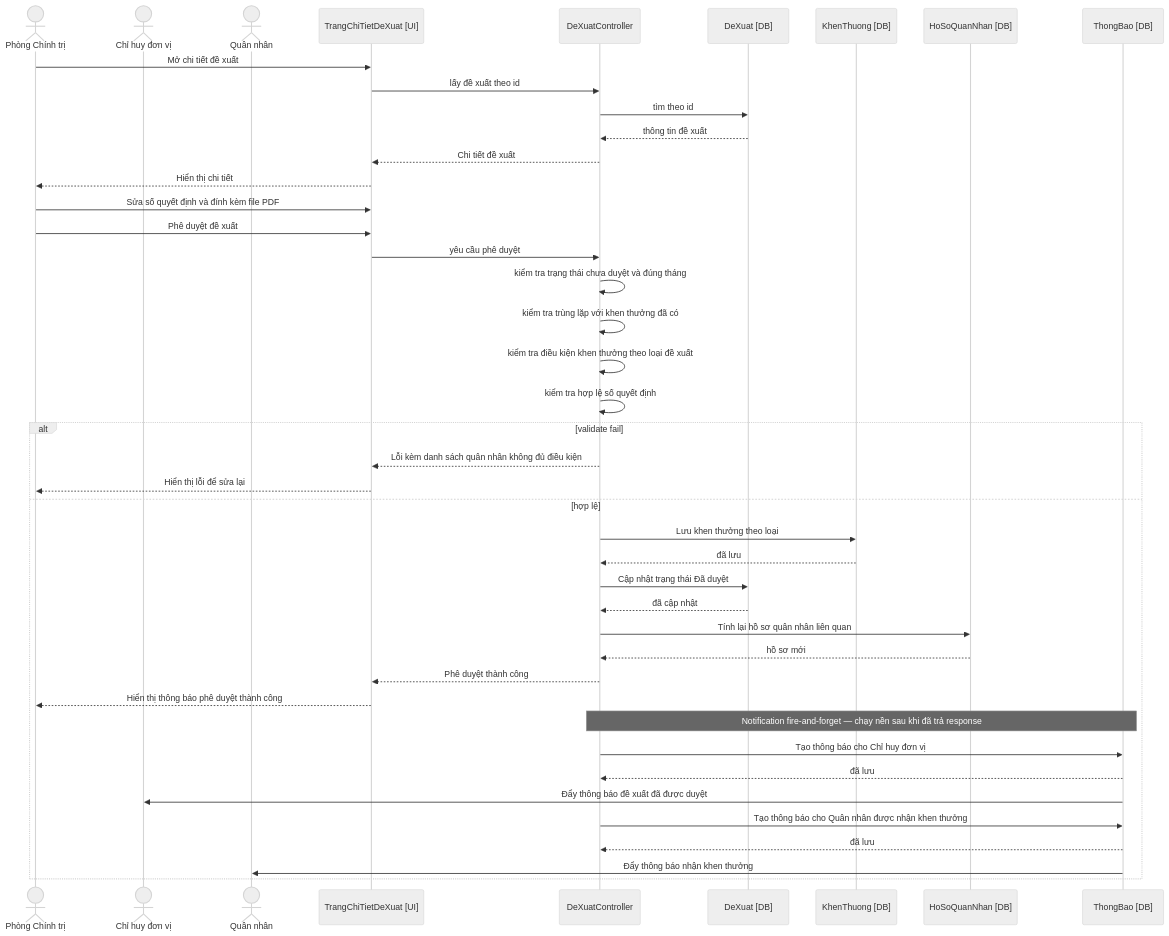
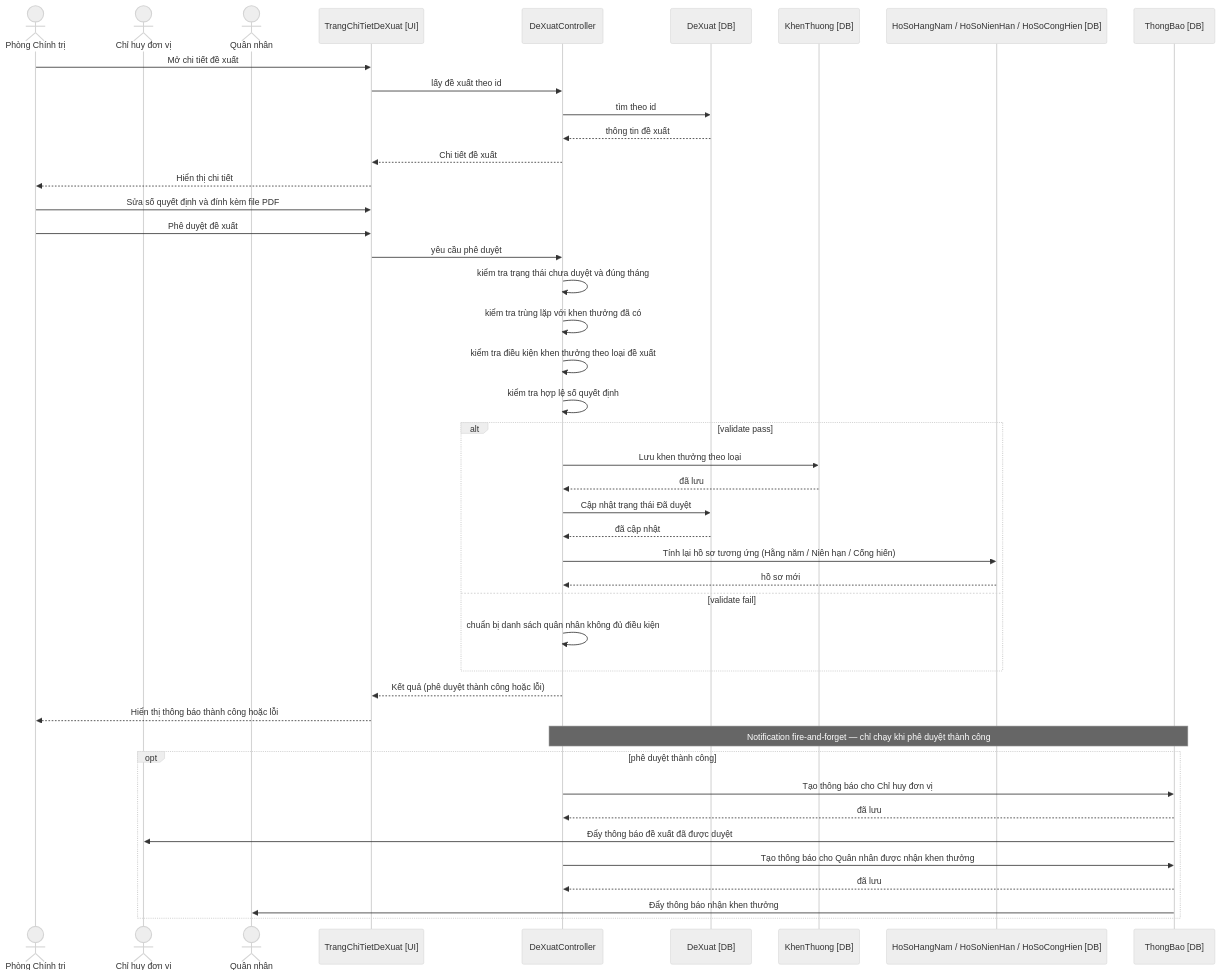
The third of 9 diagrams in docs/diagrams/05-sequence.md (tranducbk/DATN_PM_QLKT), drawn with Mermaid (neutral theme) before and after one commit. The commit also changed other lines of this file and 69 other files, not shown here.

````diff
--- a/docs/diagrams/05-sequence.md
+++ b/docs/diagrams/05-sequence.md
@@ -81,50 +97,51 @@
 ```mermaid
 sequenceDiagram
     actor ADM as Phòng Chính trị
     actor MGR as Chỉ huy đơn vị
     actor QN as Quân nhân
     participant Page as TrangChiTietDeXuat [UI]
     participant Ctrl as DeXuatController
     participant DX as DeXuat [DB]
     participant KT as KhenThuong [DB]
-    participant HS as HoSoQuanNhan [DB]
+    participant HS as HoSoHangNam / HoSoNienHan / HoSoCongHien [DB]
     participant TB as ThongBao [DB]
 
     ADM->>Page: Mở chi tiết đề xuất
     Page->>Ctrl: lấy đề xuất theo id
     Ctrl->>DX: tìm theo id
     DX-->>Ctrl: thông tin đề xuất
     Ctrl-->>Page: Chi tiết đề xuất
     Page-->>ADM: Hiển thị chi tiết
 
     ADM->>Page: Sửa số quyết định và đính kèm file PDF
     ADM->>Page: Phê duyệt đề xuất
     Page->>Ctrl: yêu cầu phê duyệt
     Ctrl->>Ctrl: kiểm tra trạng thái chưa duyệt và đúng tháng
     Ctrl->>Ctrl: kiểm tra trùng lặp với khen thưởng đã có
     Ctrl->>Ctrl: kiểm tra điều kiện khen thưởng theo loại đề xuất
     Ctrl->>Ctrl: kiểm tra hợp lệ số quyết định
 
-    alt validate fail
-        Ctrl-->>Page: Lỗi kèm danh sách quân nhân không đủ điều kiện
-        Page-->>ADM: Hiển thị lỗi để sửa lại
-    else hợp lệ
+    alt validate pass
         Ctrl->>KT: Lưu khen thưởng theo loại
         KT-->>Ctrl: đã lưu
         Ctrl->>DX: Cập nhật trạng thái Đã duyệt
         DX-->>Ctrl: đã cập nhật
-        Ctrl->>HS: Tính lại hồ sơ quân nhân liên quan
+        Ctrl->>HS: Tính lại hồ sơ tương ứng (Hằng năm / Niên hạn / Cống hiến)
         HS-->>Ctrl: hồ sơ mới
+    else validate fail
+        Ctrl->>Ctrl: chuẩn bị danh sách quân nhân không đủ điều kiện
+    end
 
-        Ctrl-->>Page: Phê duyệt thành công
-        Page-->>ADM: Hiển thị thông báo phê duyệt thành công
+    Ctrl-->>Page: Kết quả (phê duyệt thành công hoặc lỗi)
+    Page-->>ADM: Hiển thị thông báo thành công hoặc lỗi
 
-        Note over Ctrl,TB: Notification fire-and-forget — chạy nền sau khi đã trả response
+    Note over Ctrl,TB: Notification fire-and-forget — chỉ chạy khi phê duyệt thành công
+    opt phê duyệt thành công
         Ctrl->>TB: Tạo thông báo cho Chỉ huy đơn vị
         TB-->>Ctrl: đã lưu
         TB->>MGR: Đẩy thông báo đề xuất đã được duyệt
         Ctrl->>TB: Tạo thông báo cho Quân nhân được nhận khen thưởng
         TB-->>Ctrl: đã lưu
         TB->>QN: Đẩy thông báo nhận khen thưởng
     end
 ```
````
